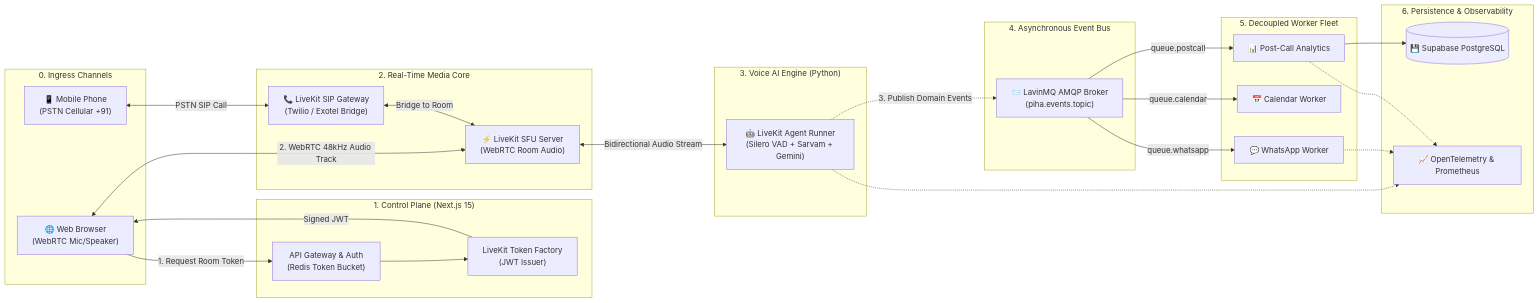
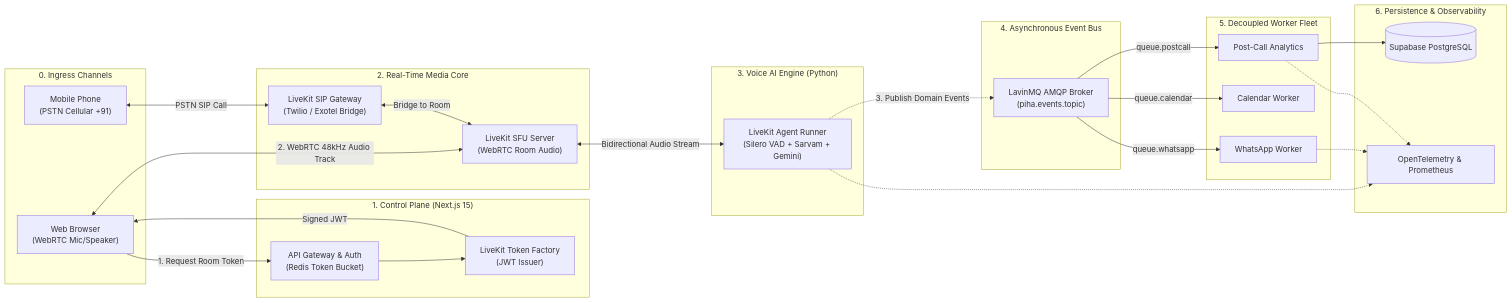
Before and after one commit to adityakalburgi89-web/piha-ai: the first of 6 diagrams in SYSTEM_DESIGN.md, drawn with Mermaid. The commit also changed 24 other files, not shown here.

Commit message:
feat: implement LiveKit voice agent integration, background workers, and interactive UI features

````diff
--- a/SYSTEM_DESIGN.md
+++ b/SYSTEM_DESIGN.md
@@ -13,54 +13,54 @@
 ```mermaid
 flowchart LR
     subgraph Ingress["0. Ingress Channels"]
-        WEB["🌐 Web Browser\n(WebRTC Mic/Speaker)"]
-        TEL["📱 Mobile Phone\n(PSTN Cellular +91)"]
+        WEB["Web Browser\n(WebRTC Mic/Speaker)"]
+        TEL["Mobile Phone\n(PSTN Cellular +91)"]
     end
 
     subgraph ControlPlane["1. Control Plane (Next.js 15)"]
         GW["API Gateway & Auth\n(Redis Token Bucket)"]
         TOKEN["LiveKit Token Factory\n(JWT Issuer)"]
     end
 
     subgraph MediaCore["2. Real-Time Media Core"]
-        SFU["⚡ LiveKit SFU Server\n(WebRTC Room Audio)"]
-        SIP["📞 LiveKit SIP Gateway\n(Twilio / Exotel Bridge)"]
+        SFU["LiveKit SFU Server\n(WebRTC Room Audio)"]
+        SIP["LiveKit SIP Gateway\n(Twilio / Exotel Bridge)"]
     end
 
     subgraph VoiceBrain["3. Voice AI Engine (Python)"]
-        AGENT["🤖 LiveKit Agent Runner\n(Silero VAD + Sarvam + Gemini)"]
+        AGENT["LiveKit Agent Runner\n(Silero VAD + Sarvam + Gemini)"]
     end
 
     subgraph EventBus["4. Asynchronous Event Bus"]
-        MQ["📨 LavinMQ AMQP Broker\n(piha.events.topic)"]
+        MQ["LavinMQ AMQP Broker\n(piha.events.topic)"]
     end
 
     subgraph Workers["5. Decoupled Worker Fleet"]
-        W_WA["💬 WhatsApp Worker"]
-        W_CAL["📅 Calendar Worker"]
-        W_POST["📊 Post-Call Analytics"]
+        W_WA["WhatsApp Worker"]
+        W_CAL["Calendar Worker"]
+        W_POST["Post-Call Analytics"]
     end
 
     subgraph Storage["6. Persistence & Observability"]
-        DB[("💾 Supabase PostgreSQL")]
-        OBS["📈 OpenTelemetry & Prometheus"]
+        DB[("Supabase PostgreSQL")]
+        OBS["OpenTelemetry & Prometheus"]
     end
 
     %% Ingress connections
     WEB -->|1. Request Room Token| GW --> TOKEN -->|Signed JWT| WEB
     WEB <-->|2. WebRTC 48kHz Audio Track| SFU
     TEL <-->|PSTN SIP Call| SIP <-->|Bridge to Room| SFU
 
     %% Audio Plane
     SFU <-->|Bidirectional Audio Stream| AGENT
 
     %% Async Event Plane
     AGENT -.->|3. Publish Domain Events| MQ
     MQ -->|queue.whatsapp| W_WA
     MQ -->|queue.calendar| W_CAL
     MQ -->|queue.postcall| W_POST
 
     %% Data & Telemetry
     W_POST --> DB
     AGENT & W_WA & W_POST -.-> OBS
 ```
````
